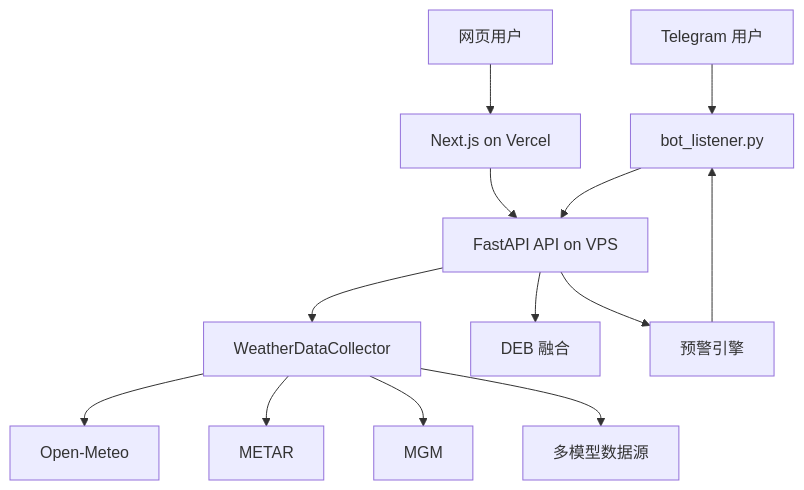
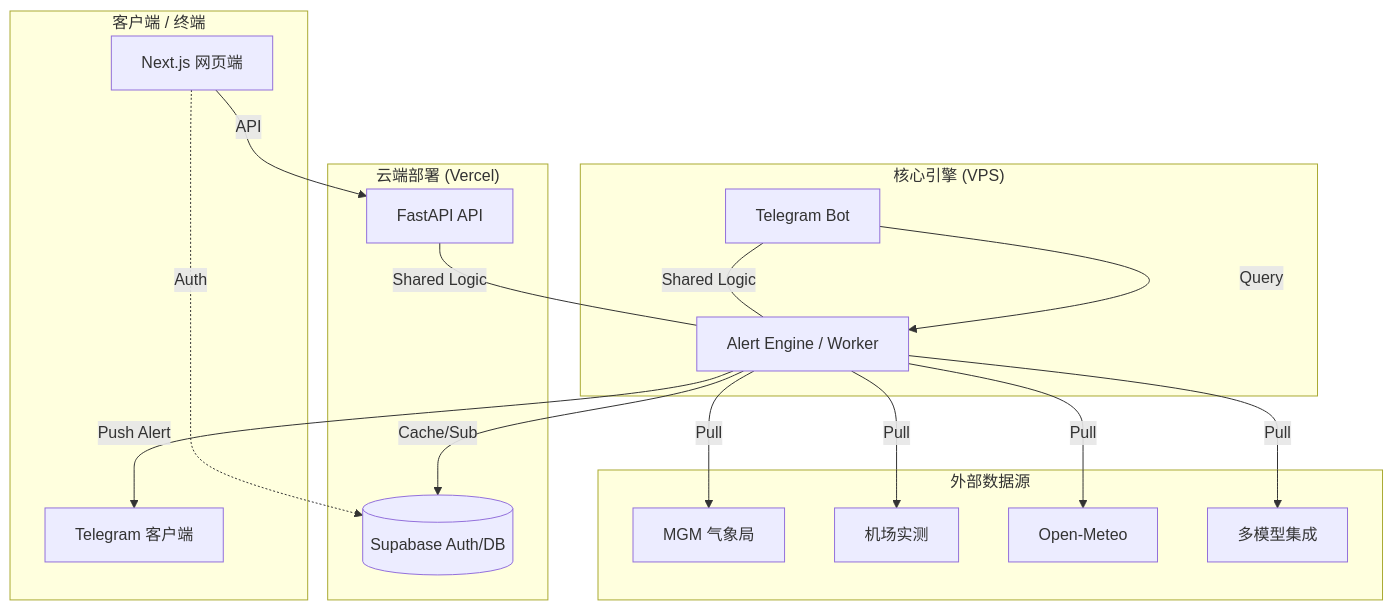
Before and after one commit to ivanmladek/PolyWeather: the diagram in README_ZH.md, drawn with Mermaid. The commit also changed other lines of this file and 4 other files, not shown here.

Commit message:
feat: Introduce PolyWeather Pro commercialization, update project documentation, and add Telegram push utility.

````diff
--- a/README_ZH.md
+++ b/README_ZH.md
@@ -155,15 +72,28 @@
 ```mermaid
 graph TD
-    User[Telegram 用户] --> Bot[bot_listener.py]
-    User2[网页用户] --> Vercel[Next.js on Vercel]
-    Vercel --> API[FastAPI API on VPS]
-    Bot --> API
-    API --> Collector[WeatherDataCollector]
-    Collector --> OM[Open-Meteo]
-    Collector --> METAR[METAR]
-    Collector --> MGM[MGM]
-    Collector --> MM[多模型数据源]
-    API --> DEB[DEB 融合]
-    API --> Alerts[预警引擎]
-    Alerts --> Bot
+    subgraph "客户端 / 终端"
+        Web[Next.js 网页端]
+        TG[Telegram 客户端]
+    end
+
+    subgraph "云端部署 (Vercel)"
+        Web -.-> |Auth| Supa[(Supabase Auth/DB)]
+        Web --> |API| Fast[FastAPI API]
+    end
+
+    subgraph "核心引擎 (VPS)"
+        Fast --- |Shared Logic| Worker[Alert Engine / Worker]
+        Bot[Telegram Bot] --- |Shared Logic| Worker
+        Worker --> |Cache/Sub| Supa
+    end
+
+    subgraph "外部数据源"
+        Worker --> |Pull| MGM[MGM 气象局]
+        Worker --> |Pull| METAR[机场实测]
+        Worker --> |Pull| OM[Open-Meteo]
+        Worker --> |Pull| MM[多模型集成]
+    end
+
+    Worker --> |Push Alert| TG
+    Bot --> |Query| Worker
 ```
````
